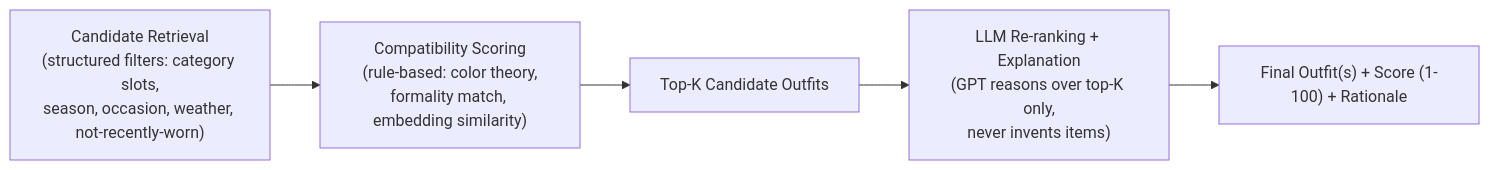
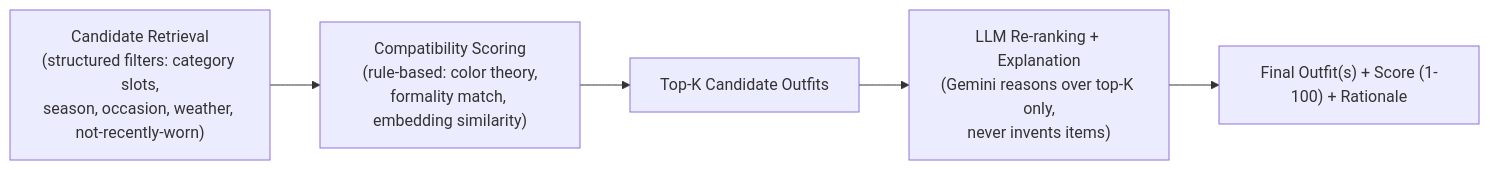
One commit to vinayakpathak03/everydayjustyou changed the fourth of 5 diagrams in docs/architecture/system-architecture.md. Above: the diagram before and after it, drawn with Mermaid. The commit also changed other lines of this file and 7 other files, not shown here.

````diff
--- a/docs/architecture/system-architecture.md
+++ b/docs/architecture/system-architecture.md
@@ -155,7 +154,7 @@
 ```mermaid
 flowchart LR
     A["Candidate Retrieval<br/>(structured filters: category slots,<br/>season, occasion, weather, not-recently-worn)"] --> B["Compatibility Scoring<br/>(rule-based: color theory,<br/>formality match, embedding similarity)"]
     B --> C["Top-K Candidate Outfits"]
-    C --> D["LLM Re-ranking + Explanation<br/>(GPT reasons over top-K only,<br/>never invents items)"]
+    C --> D["LLM Re-ranking + Explanation<br/>(Gemini reasons over top-K only,<br/>never invents items)"]
     D --> E["Final Outfit(s) + Score (1-100) + Rationale"]
 ```
````
